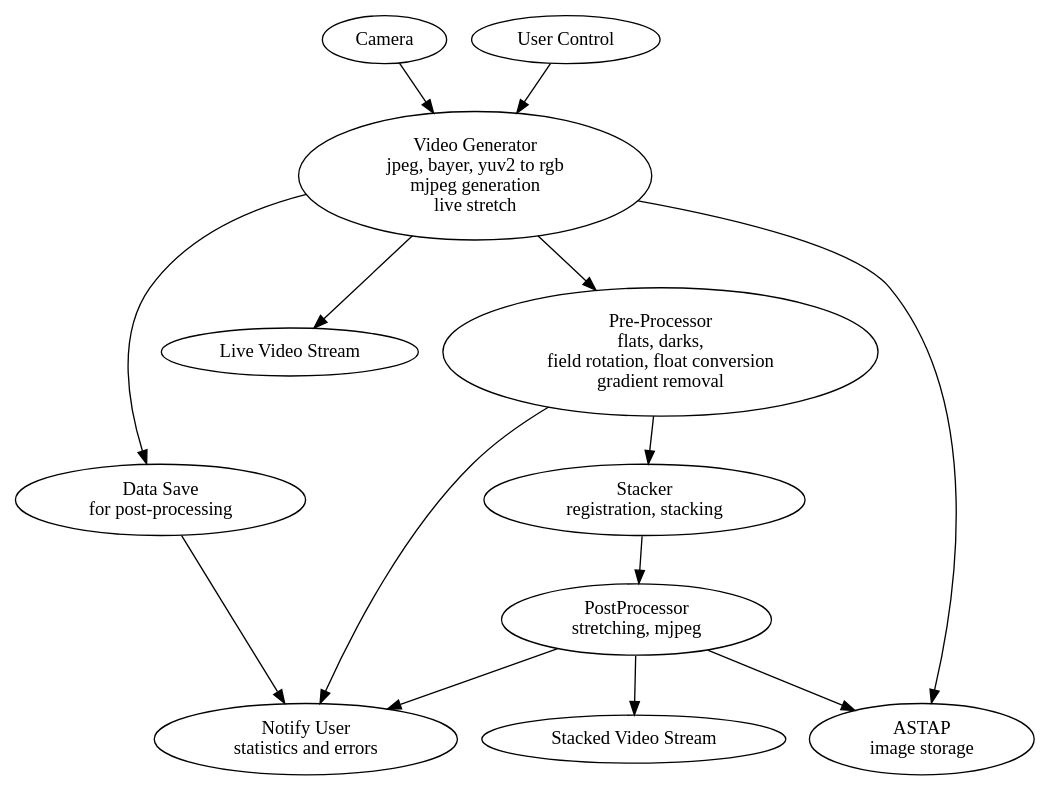
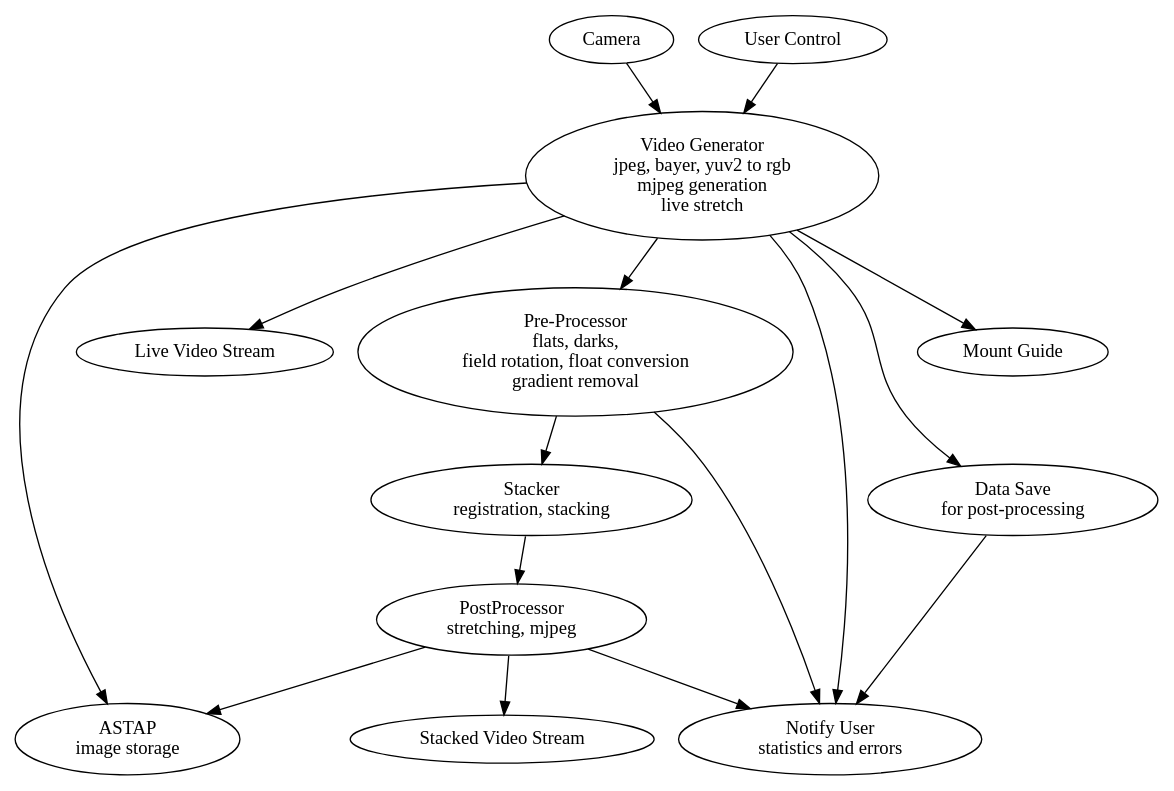
The diagram in docs/processing.dot (artyom-beilis/OpenLiveStacker), drawn with Graphviz before and after one commit. The commit also changed 3 other files, not shown here.

Commit message:
I[dated processing graph

```diff
--- a/docs/processing.dot
+++ b/docs/processing.dot
@@ -1,28 +1,31 @@
 digraph {
     Camera -> "Video Generator"
     "User Control" -> "Video Generator"
     "Video Generator" -> {
             "Data Save"
             "Live Video Stream"
             "Plate Solver"
-            "PreProcessor"
+            "PreProcessor",
+            "Stats and Errors",
+            "Dither"
     }
     "PreProcessor" -> {
         "Stacker"
         "Stats and Errors"
     }
     "Stacker" -> "PostProcessor"
     "PostProcessor" -> {
         "Stacked Video Stream"
         "Stats and Errors"
         "Plate Solver"
     }
     "Data Save" -> "Stats and Errors"
     "Video Generator" [ label = "Video Generator\njpeg, bayer, yuv2 to rgb\n mjpeg generation\nlive stretch" ]
     "Data Save" [label="Data Save\nfor post-processing"]
     "Stats and Errors"  [label="Notify User\nstatistics and errors"]
     "PreProcessor" [label="Pre-Processor\nflats, darks,\nfield rotation, float conversion\ngradient removal"]
     "Stacker" [label="Stacker\nregistration, stacking"]
     "PostProcessor" [label="PostProcessor\nstretching, mjpeg"]
     "Plate Solver" [label="ASTAP\nimage storage"]
+    "Dither" [label="Mount Guide"]
 }
```
